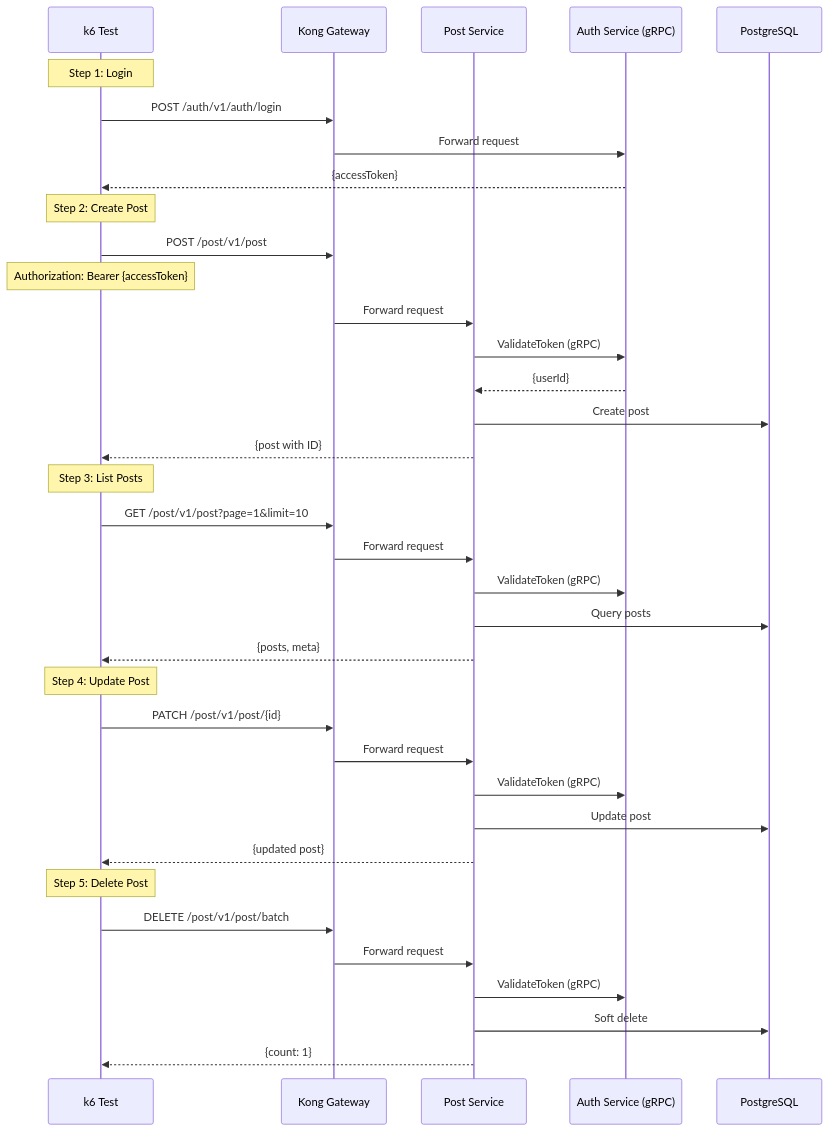
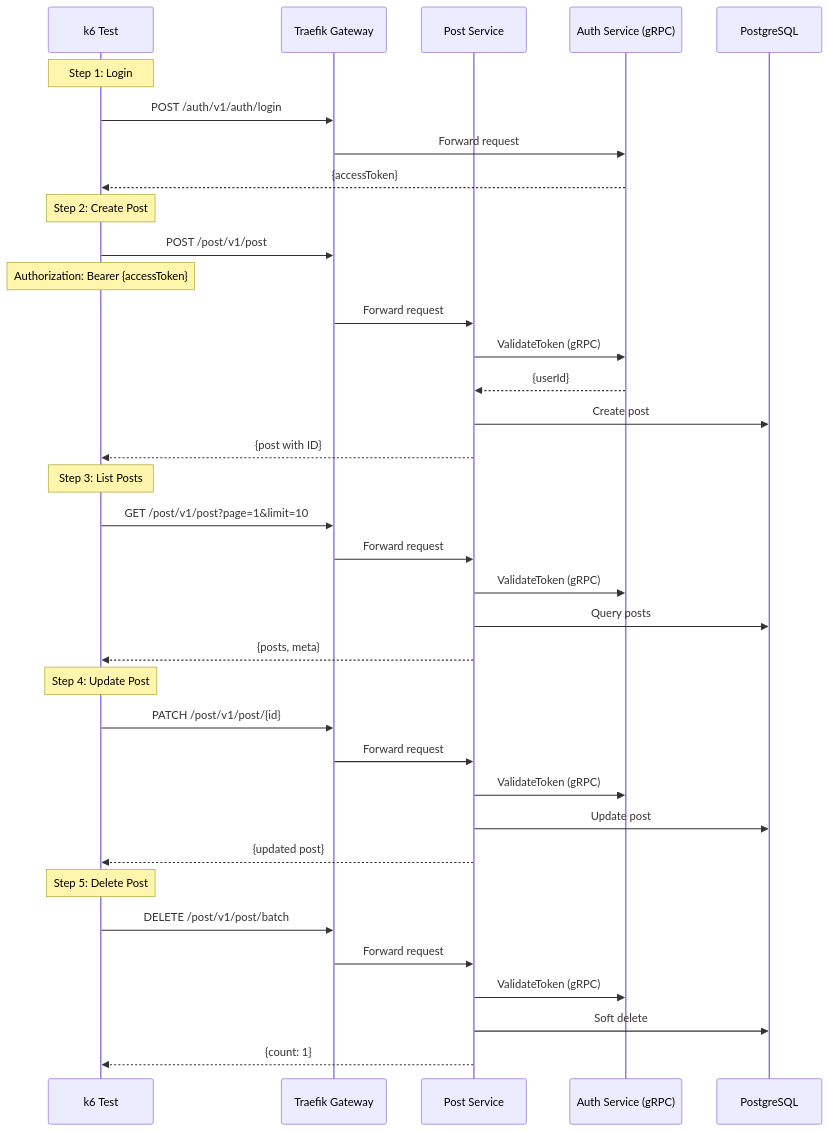
The diagram in k6-tests/src/flows/post-flow.md (tinhthanh/nestjs-microservices), drawn with Mermaid before and after one commit. The commit also changed 47 other files, not shown here.

````diff
--- a/k6-tests/src/flows/post-flow.md
+++ b/k6-tests/src/flows/post-flow.md
@@ -5,43 +5,43 @@
 ```mermaid
 sequenceDiagram
     participant K6 as k6 Test
-    participant Kong as Kong Gateway
+    participant Traefik as Traefik Gateway
     participant Post as Post Service
     participant Auth as Auth Service (gRPC)
     participant DB as PostgreSQL
 
     Note over K6: Step 1: Login
-    K6->>Kong: POST /auth/v1/auth/login
-    Kong->>Auth: Forward request
+    K6->>Traefik: POST /auth/v1/auth/login
+    Traefik->>Auth: Forward request
     Auth-->>K6: {accessToken}
     
     Note over K6: Step 2: Create Post
-    K6->>Kong: POST /post/v1/post
+    K6->>Traefik: POST /post/v1/post
     Note over K6: Authorization: Bearer {accessToken}
-    Kong->>Post: Forward request
+    Traefik->>Post: Forward request
     Post->>Auth: ValidateToken (gRPC)
     Auth-->>Post: {userId}
     Post->>DB: Create post
     Post-->>K6: {post with ID}
     
     Note over K6: Step 3: List Posts
-    K6->>Kong: GET /post/v1/post?page=1&limit=10
-    Kong->>Post: Forward request
+    K6->>Traefik: GET /post/v1/post?page=1&limit=10
+    Traefik->>Post: Forward request
     Post->>Auth: ValidateToken (gRPC)
     Post->>DB: Query posts
     Post-->>K6: {posts, meta}
     
     Note over K6: Step 4: Update Post
-    K6->>Kong: PATCH /post/v1/post/{id}
-    Kong->>Post: Forward request
+    K6->>Traefik: PATCH /post/v1/post/{id}
+    Traefik->>Post: Forward request
     Post->>Auth: ValidateToken (gRPC)
     Post->>DB: Update post
     Post-->>K6: {updated post}
     
     Note over K6: Step 5: Delete Post
-    K6->>Kong: DELETE /post/v1/post/batch
-    Kong->>Post: Forward request
+    K6->>Traefik: DELETE /post/v1/post/batch
+    Traefik->>Post: Forward request
     Post->>Auth: ValidateToken (gRPC)
     Post->>DB: Soft delete
     Post-->>K6: {count: 1}
 ```
````
